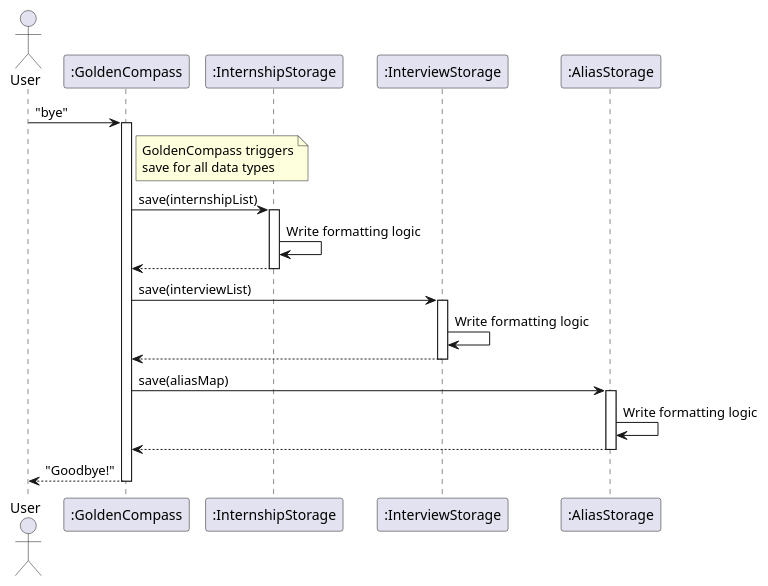
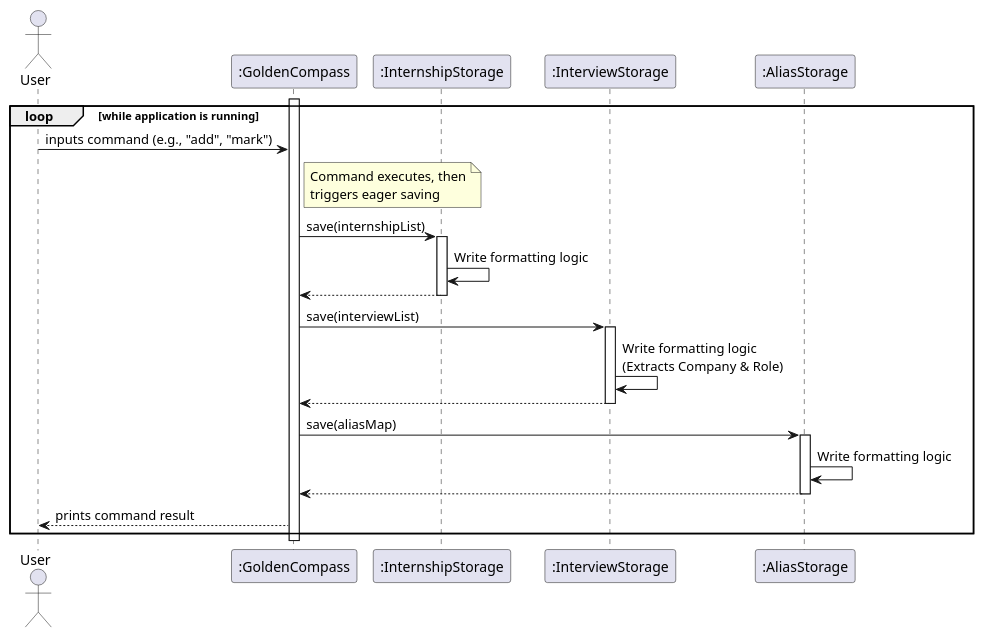
The diagram in docs/diagrams/StorageSequenceDiagram.puml (the-RoaringCat/tp), drawn with PlantUML before and after one commit. The commit also changed 5 other files, not shown here.

```diff
--- a/docs/diagrams/StorageSequenceDiagram.puml
+++ b/docs/diagrams/StorageSequenceDiagram.puml
@@ -1,33 +1,35 @@
 @startuml
 actor User
 participant ":GoldenCompass" as GC
 participant ":InternshipStorage" as InternStorage
 participant ":InterviewStorage" as InterviewStorage
 participant ":AliasStorage" as AliasStorage
 
-User -> GC : "bye"
 activate GC
+loop while application is running
+    User -> GC : inputs command (e.g., "add", "mark")
 
-note right of GC : GoldenCompass triggers\nsave for all data types
+    note right of GC : Command executes, then\ntriggers eager saving
 
-GC -> InternStorage : save(internshipList)
-activate InternStorage
-InternStorage -> InternStorage : Write formatting logic
-InternStorage --> GC
-deactivate InternStorage
+    GC -> InternStorage : save(internshipList)
+    activate InternStorage
+    InternStorage -> InternStorage : Write formatting logic
+    InternStorage --> GC
+    deactivate InternStorage
 
-GC -> InterviewStorage : save(interviewList)
-activate InterviewStorage
-InterviewStorage -> InterviewStorage : Write formatting logic
-InterviewStorage --> GC
-deactivate InterviewStorage
+    GC -> InterviewStorage : save(interviewList)
+    activate InterviewStorage
+    InterviewStorage -> InterviewStorage : Write formatting logic\n(Extracts Company & Role)
+    InterviewStorage --> GC
+    deactivate InterviewStorage
 
-GC -> AliasStorage : save(aliasMap)
-activate AliasStorage
-AliasStorage -> AliasStorage : Write formatting logic
-AliasStorage --> GC
-deactivate AliasStorage
+    GC -> AliasStorage : save(aliasMap)
+    activate AliasStorage
+    AliasStorage -> AliasStorage : Write formatting logic
+    AliasStorage --> GC
+    deactivate AliasStorage
 
-GC --> User : "Goodbye!"
+    GC --> User : prints command result
+end
 deactivate GC
 @enduml
```
